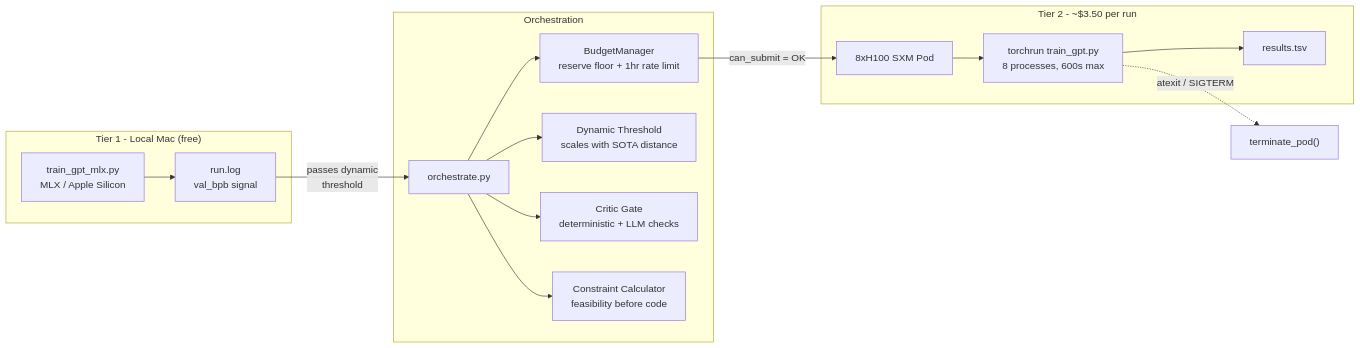
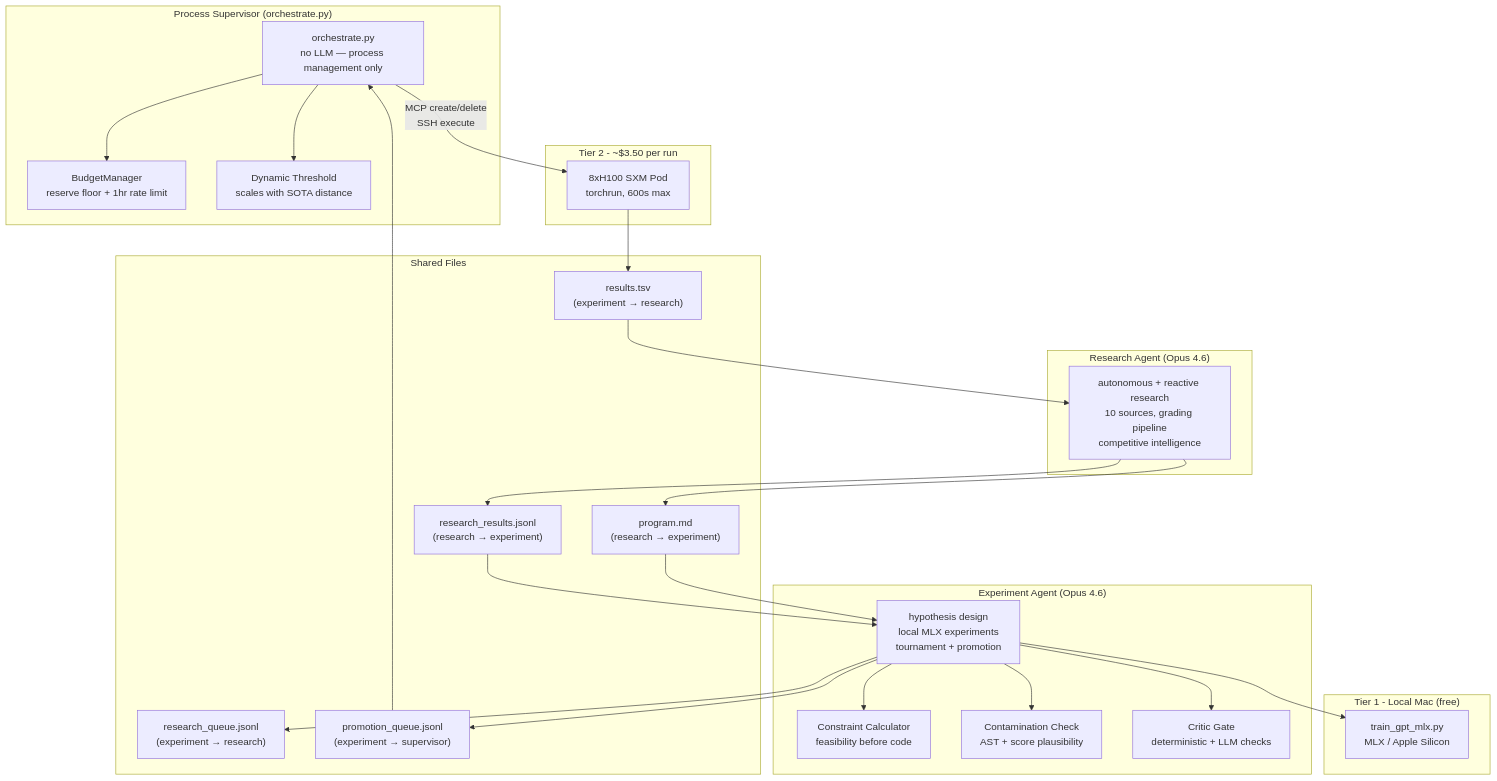
The first of 2 diagrams in README.md (robinojw/parameter-golf-autoresearch), drawn with Mermaid before and after one commit. The commit also changed other lines of this file and 14 other files, not shown here.

First line of the commit message:
feat: dual-agent architecture with experiment/research separation

````diff
--- a/README.md
+++ b/README.md
@@ -20,31 +22,52 @@
 ```mermaid
-graph LR
+graph TB
+    subgraph "Process Supervisor (orchestrate.py)"
+        ORC["orchestrate.py\nno LLM — process management only"]
+        BUD["BudgetManager\nreserve floor + 1hr rate limit"]
+        THR["Dynamic Threshold\nscales with SOTA distance"]
+        ORC --> BUD
+        ORC --> THR
+    end
+
+    subgraph "Experiment Agent (Opus 4.6)"
+        EXP["hypothesis design\nlocal MLX experiments\ntournament + promotion"]
+        CON["Constraint Calculator\nfeasibility before code"]
+        CTM["Contamination Check\nAST + score plausibility"]
+        CRT["Critic Gate\ndeterministic + LLM checks"]
+        EXP --> CON
+        EXP --> CTM
+        EXP --> CRT
+    end
+
+    subgraph "Research Agent (Opus 4.6)"
+        RES["autonomous + reactive research\n10 sources, grading pipeline\ncompetitive intelligence"]
+    end
+
+    subgraph "Shared Files"
+        RQ["research_queue.jsonl\n(experiment → research)"]
+        RR["research_results.jsonl\n(research → experiment)"]
+        PQ["promotion_queue.jsonl\n(experiment → supervisor)"]
+        PM["program.md\n(research → experiment)"]
+        TSV["results.tsv\n(experiment → research)"]
+    end
+
     subgraph "Tier 1 - Local Mac (free)"
         MLX["train_gpt_mlx.py\nMLX / Apple Silicon"]
-        LOG["run.log\nval_bpb signal"]
-        MLX --> LOG
-    end
-
-    subgraph "Orchestration"
-        ORC["orchestrate.py"]
-        BUD["BudgetManager\nreserve floor + 1hr rate limit"]
-        THR["Dynamic Threshold\nscales with SOTA distance"]
-        CRT["Critic Gate\ndeterministic + LLM checks"]
-        CON["Constraint Calculator\nfeasibility before code"]
-        ORC --> BUD
-        ORC --> THR
-        ORC --> CRT
-        ORC --> CON
     end
 
     subgraph "Tier 2 - ~$3.50 per run"
-        POD["8xH100 SXM Pod"]
-        TRAIN["torchrun train_gpt.py\n8 processes, 600s max"]
-        TSV["results.tsv"]
-        POD --> TRAIN --> TSV
+        POD["8xH100 SXM Pod\ntorchrun, 600s max"]
     end
 
-    LOG -- "passes dynamic\nthreshold" --> ORC
-    BUD -- "can_submit = OK" --> POD
-    TRAIN -. "atexit / SIGTERM" .-> TERM["terminate_pod()"]
+    EXP --> RQ
+    EXP --> PQ
+    EXP --> MLX
+    RES --> RR
+    RES --> PM
+    RR --> EXP
+    PM --> EXP
+    TSV --> RES
+    PQ --> ORC
+    ORC -- "MCP create/delete\nSSH execute" --> POD
+    POD --> TSV
 ```
````
